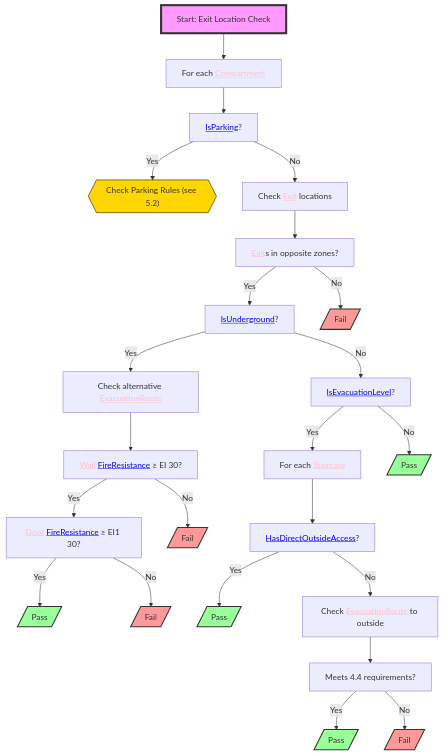
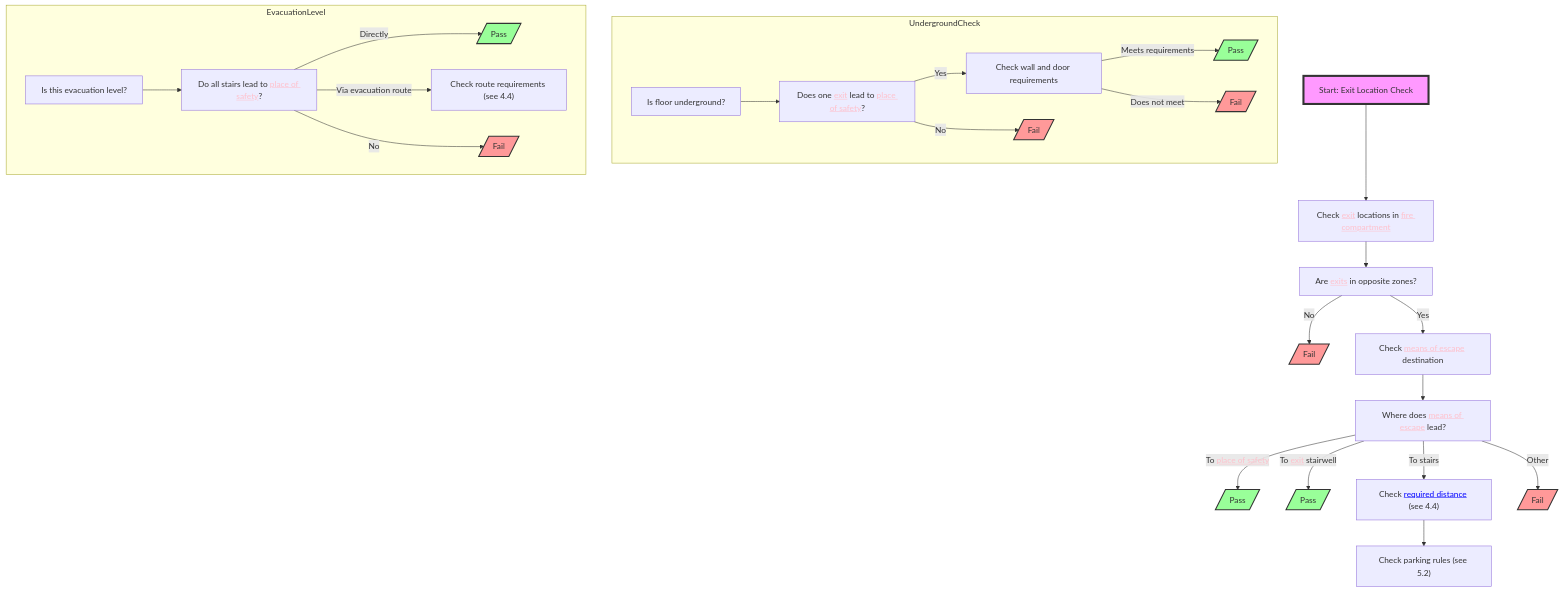
The diagram in mmddiagrams/BasisnormenLG_cropped.pdf/Article_2_2_2_1.mmd (CedricDriesen92/RulebookProcessing), drawn with Mermaid before and after one commit. The commit also changed 8 other files, not shown here.

```diff
--- a/mmddiagrams/BasisnormenLG_cropped.pdf/Article_2_2_2_1.mmd
+++ b/mmddiagrams/BasisnormenLG_cropped.pdf/Article_2_2_2_1.mmd
@@ -1,38 +1,44 @@
 flowchart TD
-    S1["Start: Exit Location Check"] --> A["For each <a href='http://example.com/firebimbuilding#Compartment' style='color:pink;'>Compartment</a>"]
-    A --> B["<a href='http://example.com/firebimbuilding#IsParking' style='color:blue;'>IsParking</a>?"]
-    B -- Yes --> C["Check Parking Rules (see 5.2)"]
-    B -- No --> D["Check <a href='http://example.com/firebimbuilding#Exit' style='color:pink;'>Exit</a> locations"]
-    D --> E["<a href='http://example.com/firebimbuilding#Exit' style='color:pink;'>Exit</a>s in opposite zones?"]
-    E -- Yes --> F["<a href='http://example.com/firebimbuilding#IsUnderground' style='color:blue;'>IsUnderground</a>?"]
-    E -- No --> G[/"Fail"/]
-    F -- Yes --> H["Check alternative <a href='http://example.com/firebimbuilding#EvacuationRoute' style='color:pink;'>EvacuationRoute</a>"]
-    F -- No --> I["<a href='http://example.com/firebimbuilding#IsEvacuationLevel' style='color:blue;'>IsEvacuationLevel</a>?"]
-    H --> J["<a href='http://example.com/firebimbuilding#Wall' style='color:pink;'>Wall</a> <a href='http://example.com/firebimbuilding#FireResistance' style='color:blue;'>FireResistance</a> ≥ EI 30?"]
-    J -- Yes --> K["<a href='http://example.com/firebimbuilding#Door' style='color:pink;'>Door</a> <a href='http://example.com/firebimbuilding#FireResistance' style='color:blue;'>FireResistance</a> ≥ EI1 30?"]
-    J -- No --> L[/"Fail"/]
-    K -- Yes --> M[/"Pass"/]
-    K -- No --> N[/"Fail"/]
-    I -- Yes --> O["For each <a href='http://example.com/firebimbuilding#Staircase' style='color:pink;'>Staircase</a>"]
-    I -- No --> P[/"Pass"/]
-    O --> Q["<a href='http://example.com/firebimbuilding#HasDirectOutsideAccess' style='color:blue;'>HasDirectOutsideAccess</a>?"]
-    Q -- Yes --> R[/"Pass"/]
-    Q -- No --> S["Check <a href='http://example.com/firebimbuilding#EvacuationRoute' style='color:pink;'>EvacuationRoute</a> to outside"]
-    S --> T["Meets 4.4 requirements?"]
-    T -- Yes --> U[/"Pass"/]
-    T -- No --> V[/"Fail"/]
+    S1["Start: Exit Location Check"] --> A["Check <a href='http://example.com/firebimbuilding#Exit' style='color:pink;'>exit</a> locations in <a href='http://example.com/firebimbuilding#FireCompartment' style='color:pink;'>fire compartment</a>"]
+    
+    A --> B["Are <a href='http://example.com/firebimbuilding#Exit' style='color:pink;'>exits</a> in opposite zones?"]
+    B -- No --> C[/"Fail"/]
+    B -- Yes --> D["Check <a href='http://example.com/firebimbuilding#MeansOfEscape' style='color:pink;'>means of escape</a> destination"]
+    
+    D --> E["Where does <a href='http://example.com/firebimbuilding#MeansOfEscape' style='color:pink;'>means of escape</a> lead?"]
+    E -- "To <a href='http://example.com/firebimbuilding#PlaceOfSafety' style='color:pink;'>place of safety</a>" --> F[/"Pass"/]
+    E -- "To <a href='http://example.com/firebimbuilding#Exit' style='color:pink;'>exit</a> stairwell" --> G[/"Pass"/]
+    E -- "To stairs" --> H["Check <a href='http://example.com/firebimbuilding#RequiredDistance' style='color:blue;'>required distance</a> (see 4.4)"]
+    E -- Other --> I[/"Fail"/]
+    
+    subgraph UndergroundCheck
+        J["Is floor underground?"] --> K["Does one <a href='http://example.com/firebimbuilding#Exit' style='color:pink;'>exit</a> lead to <a href='http://example.com/firebimbuilding#PlaceOfSafety' style='color:pink;'>place of safety</a>?"]
+        K -- Yes --> L["Check wall and door requirements"]
+        K -- No --> M[/"Fail"/]
+        L -- "Meets requirements" --> N[/"Pass"/]
+        L -- "Does not meet" --> O[/"Fail"/]
+    end
+    
+    subgraph EvacuationLevel
+        P["Is this evacuation level?"] --> Q["Do all stairs lead to <a href='http://example.com/firebimbuilding#PlaceOfSafety' style='color:pink;'>place of safety</a>?"]
+        Q -- "Directly" --> R[/"Pass"/]
+        Q -- "Via evacuation route" --> S["Check route requirements (see 4.4)"]
+        Q -- "No" --> T[/"Fail"/]
+    end
+    
+    H --> U["Check parking rules (see 5.2)"]
 
-    C@{ shape: hex}
     S1:::startClass
-    G:::failClass
-    L:::failClass
-    M:::passClass
-    N:::failClass
-    P:::passClass
+    C:::failClass
+    F:::passClass
+    G:::passClass
+    I:::failClass
+    M:::failClass
+    N:::passClass
+    O:::failClass
     R:::passClass
-    U:::passClass
-    V:::failClass
+    T:::failClass
+
     classDef startClass fill:#f9f,stroke:#333,stroke-width:4px
     classDef passClass fill:#9f9,stroke:#333,stroke-width:2px
     classDef failClass fill:#f99,stroke:#333,stroke-width:2px
-    style C stroke:#000000,stroke-width:1px,stroke-dasharray: 0,fill:#FFD600
```
